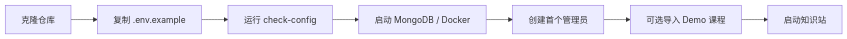
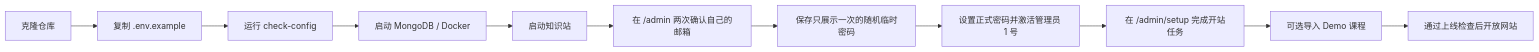
The third of 7 diagrams in ARCHITECTURE.md (CzzzzzzJ/mdldm-knowledge-kit), drawn with Mermaid before and after one commit. The commit also changed other lines of this file and 118 other files, not shown here.

````diff
--- a/ARCHITECTURE.md
+++ b/ARCHITECTURE.md
@@ -117,9 +117,13 @@
 ```mermaid
 flowchart LR
     Clone["克隆仓库"] --> Env["复制 .env.example"]
     Env --> Check["运行 check-config"]
     Check --> DB["启动 MongoDB / Docker"]
-    DB --> Admin["创建首个管理员"]
-    Admin --> Seed["可选导入 Demo 课程"]
-    Seed --> Run["启动知识站"]
+    DB --> Start["启动知识站"]
+    Start --> Admin["在 /admin 两次确认自己的邮箱"]
+    Admin --> Credential["保存只展示一次的随机临时密码"]
+    Credential --> Activate["设置正式密码并激活管理员 1 号"]
+    Activate --> Setup["在 /admin/setup 完成开站任务"]
+    Setup --> Seed["可选导入 Demo 课程"]
+    Seed --> Launch["通过上线检查后开放网站"]
 ```
````
